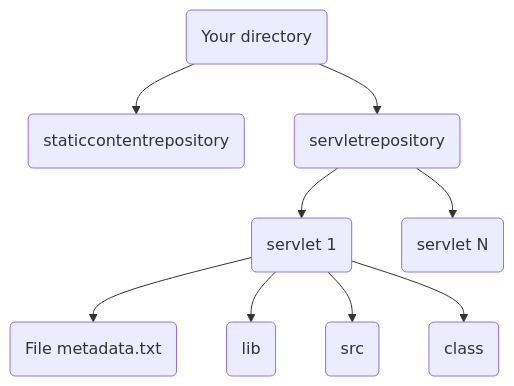
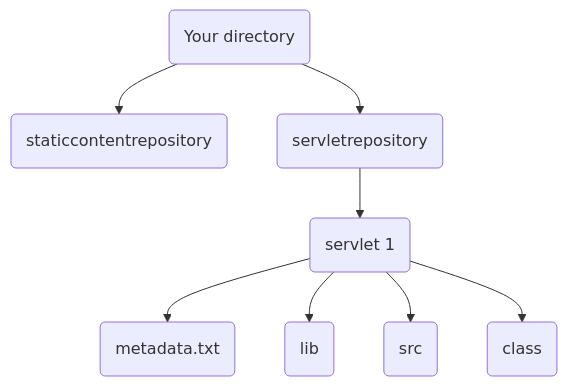
The diagram in README.md (flenz00/TPBSCA), drawn with Mermaid before and after one commit.

````diff
--- a/README.md
+++ b/README.md
@@ -42,13 +42,10 @@
 ```mermaid
 graph TD;
     A(Your directory) --> B(staticcontentrepository);
     A(Your directory) --> C(servletrepository);
-    C(servletrepository) --> D(servlet 1);
-    C(servletrepository) --> E(servlet N);
-    D(servlet 1) --> F(File metadata.txt);
+    C(servletrepository) --> D(Your servlet);
+    D(servlet 1) --> F(metadata.txt);
     D(servlet 1) --> G(lib);
     D(servlet 1) --> H(src);
     D(servlet 1) --> I(class);
-    
-    
 ```
````
